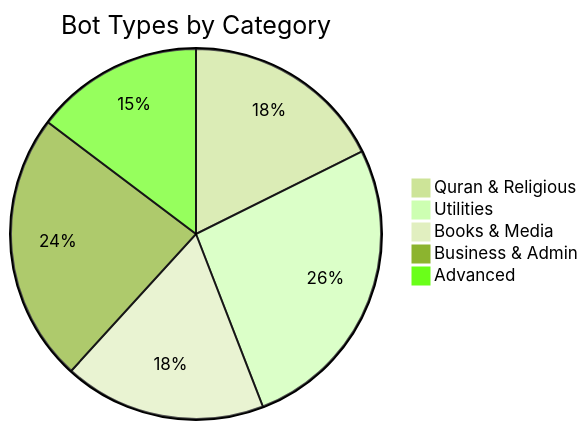
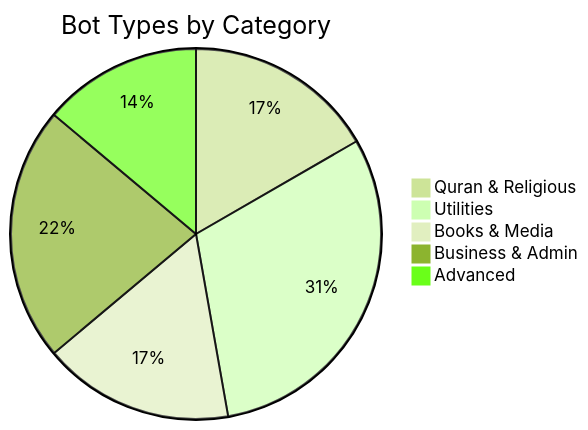
Before and after one commit to saber13812002/bot-generator-bale-telegram-laravel-10: the second of 2 diagrams in README.md, drawn with Mermaid (forest theme). The commit also changed other lines of this file and 28 other files, not shown here.

````diff
--- a/README.md
+++ b/README.md
@@ -249,8 +251,8 @@
 ```mermaid
 pie title Bot Types by Category
     "Quran & Religious" : 6
-    "Utilities" : 9
+    "Utilities" : 11
     "Books & Media" : 6
     "Business & Admin" : 8
     "Advanced" : 5
 ```
````
